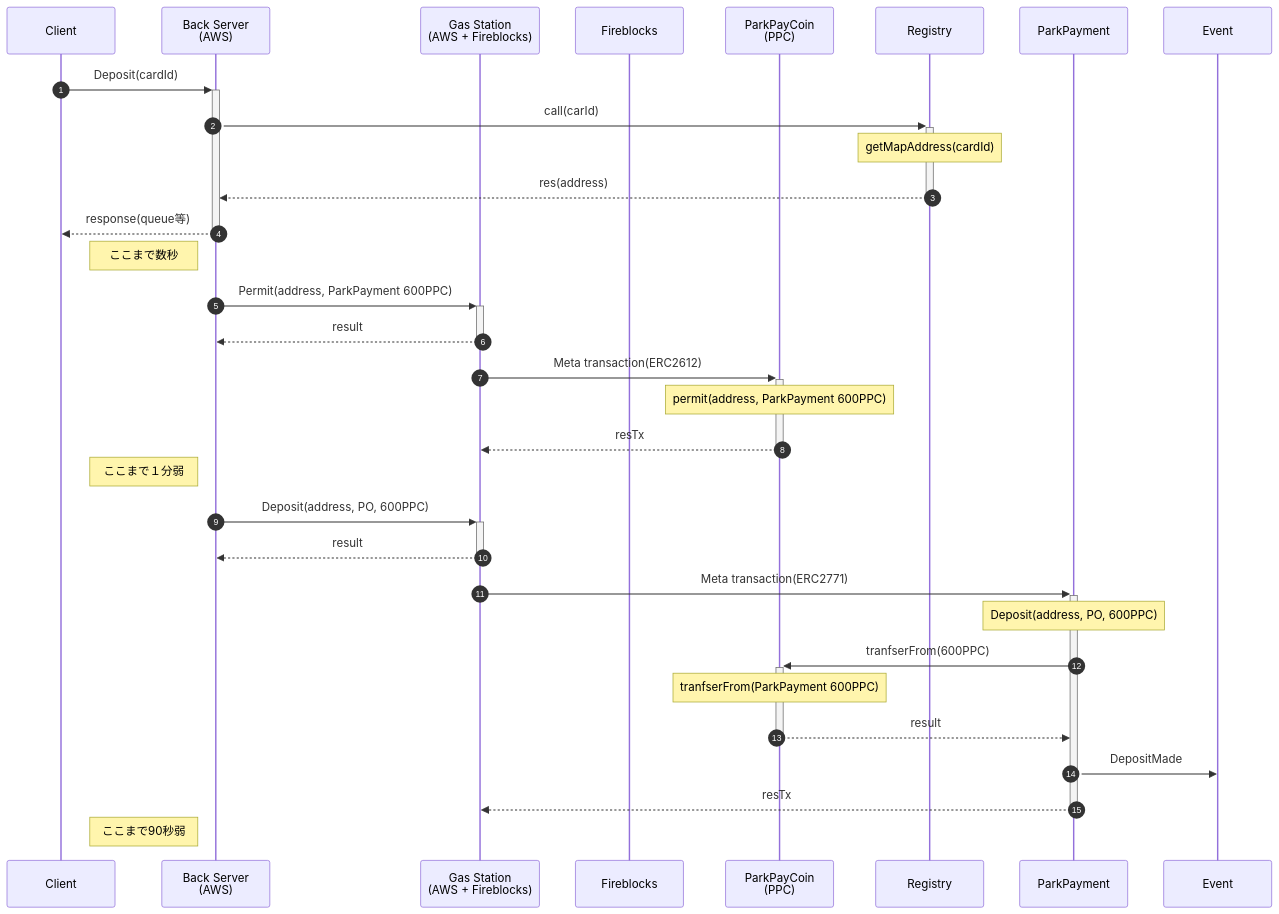
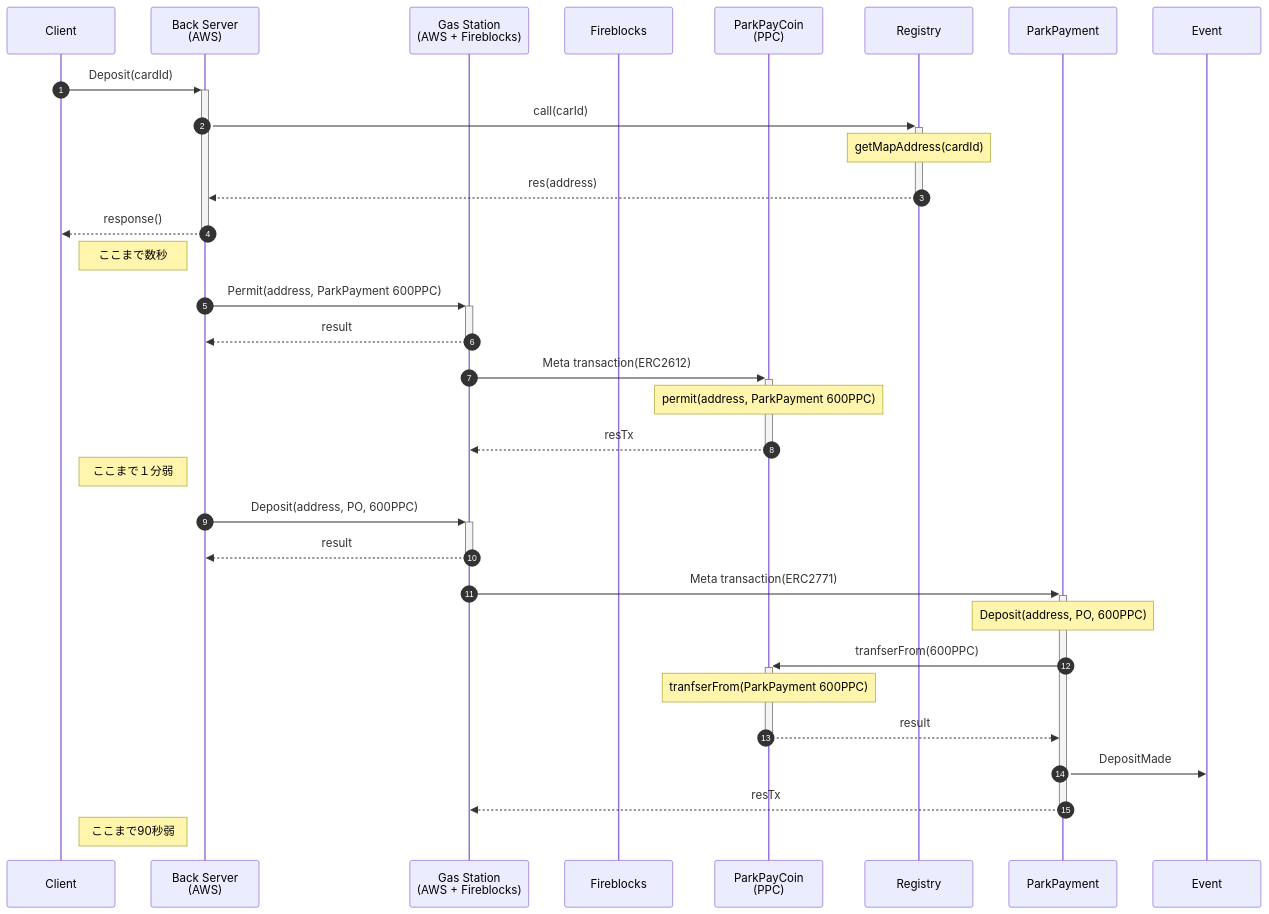
Before and after one commit to mahiroaug/ParkingPayment: the fourth of 6 diagrams in README.md, drawn with Mermaid. The commit also changed other lines of this file and 3 other files, not shown here.

````diff
--- a/README.md
+++ b/README.md
@@ -469,42 +469,42 @@
 ```mermaid
 sequenceDiagram
 
     participant Client as Client
     participant Back as Back Server<br>(AWS)
     participant GSN as Gas Station<br>(AWS + Fireblocks)
     participant FB as Fireblocks
     participant PPC as ParkPayCoin<br>(PPC)
     participant Registry
     participant ParkPayment
     participant Event
     autonumber
 
     Client->>+Back: Deposit(cardId)
     Back->>+Registry: call(carId)
     Note over Registry: getMapAddress(cardId)
     Registry-->>-Back: res(address)
-    Back-->>-Client: response(queue等)
+    Back-->>-Client: response()
 
     Note left of Back:ここまで数秒
 
     Back->>+GSN: Permit(address, ParkPayment 600PPC)
     GSN-->>-Back: result
     GSN->>+PPC: Meta transaction(ERC2612)
     Note over PPC: permit(address, ParkPayment 600PPC)
     PPC-->>-GSN: resTx
 
     Note left of Back:ここまで１分弱
 
     Back->>+GSN: Deposit(address, PO, 600PPC)
     GSN-->>-Back: result
     GSN->>+ParkPayment: Meta transaction(ERC2771)
     Note over ParkPayment: Deposit(address, PO, 600PPC)
     ParkPayment->>+PPC: tranfserFrom(600PPC)
     Note over PPC: tranfserFrom(ParkPayment 600PPC)
     PPC-->>-ParkPayment: result
     ParkPayment->>Event: DepositMade
     ParkPayment-->>-GSN: resTx
 
     Note left of Back:ここまで90秒弱
 
 ```
````
